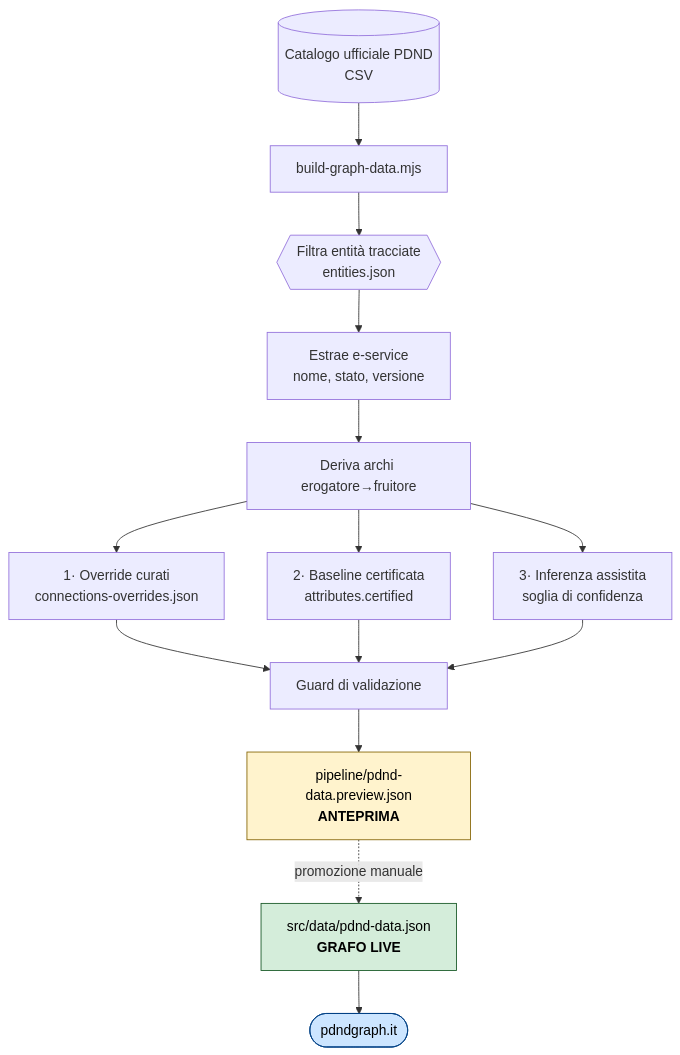
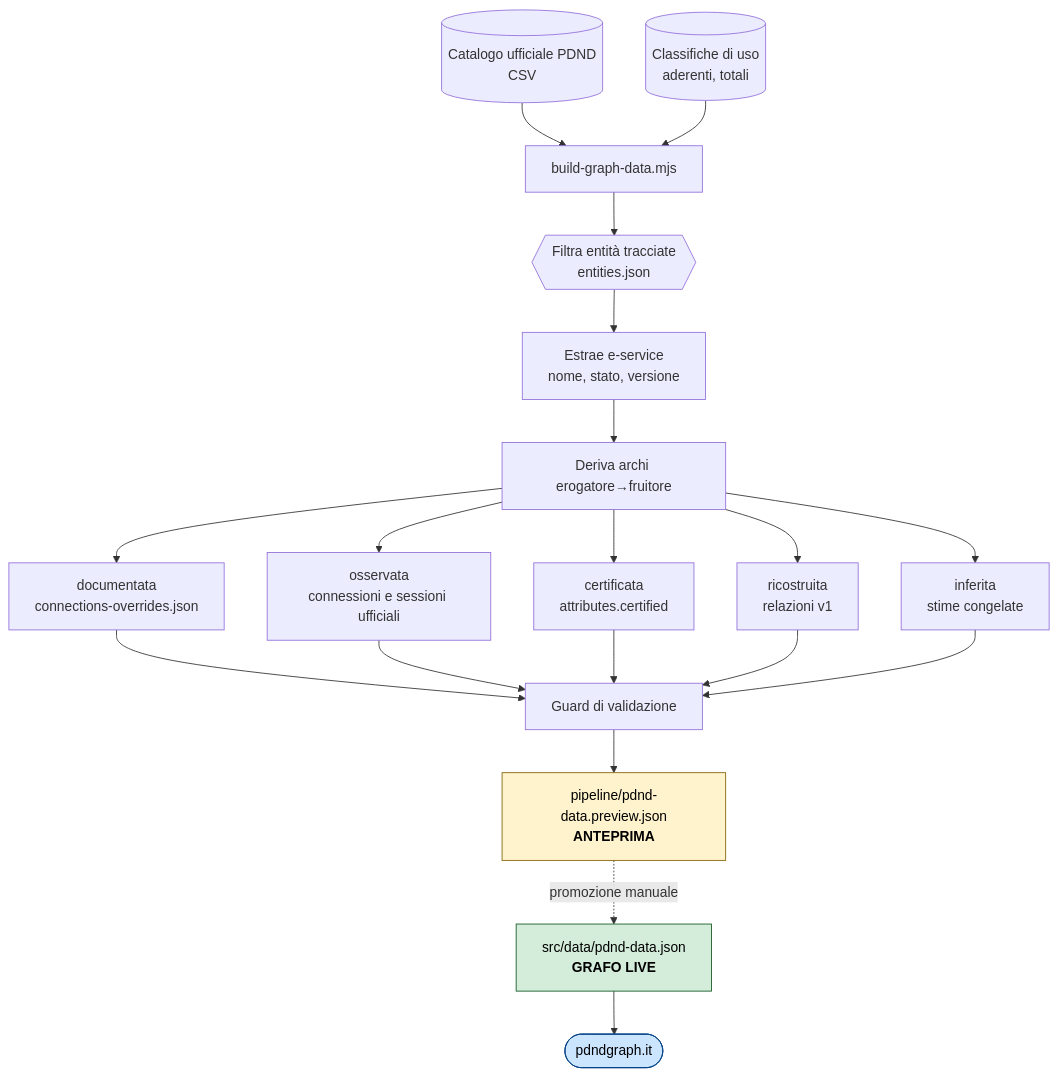
One commit to engineering87/pdnd-eservices-graph changed the diagram in README.md. Above: the diagram before and after it, drawn with Mermaid. The commit also changed other lines of this file and 17 other files, not shown here.

````diff
--- a/README.md
+++ b/README.md
@@ -265,20 +295,25 @@
 ```mermaid
 flowchart TD
     A[("Catalogo ufficiale PDND<br/>CSV")] --> B[build-graph-data.mjs]
     B --> C{{"Filtra entità tracciate<br/>entities.json"}}
     C --> D["Estrae e-service<br/>nome, stato, versione"]
     D --> E["Deriva archi erogatore→fruitore"]
-    E --> F["1· Override curati<br/>connections-overrides.json"]
-    E --> G["2· Baseline certificata<br/>attributes.certified"]
-    E --> H["3· Inferenza assistita<br/>soglia di confidenza"]
+    S[("Classifiche di uso<br/>aderenti, totali")] --> B
+    E --> F["documentata<br/>connections-overrides.json"]
+    E --> O["osservata<br/>connessioni e sessioni ufficiali"]
+    E --> G["certificata<br/>attributes.certified"]
+    E --> R["ricostruita<br/>relazioni v1"]
+    E --> H["inferita<br/>stime congelate"]
     F --> I["Guard di validazione"]
+    O --> I
     G --> I
+    R --> I
     H --> I
     I --> J["pipeline/pdnd-data.preview.json<br/><b>ANTEPRIMA</b>"]
     J -.->|"promozione manuale"| K["src/data/pdnd-data.json<br/><b>GRAFO LIVE</b>"]
     K --> L(["pdndgraph.it"])
 
     style J fill:#fff3cd,stroke:#856404,color:#000
     style K fill:#d4edda,stroke:#155724,color:#000
     style L fill:#cce5ff,stroke:#004085,color:#000
 ```
````
